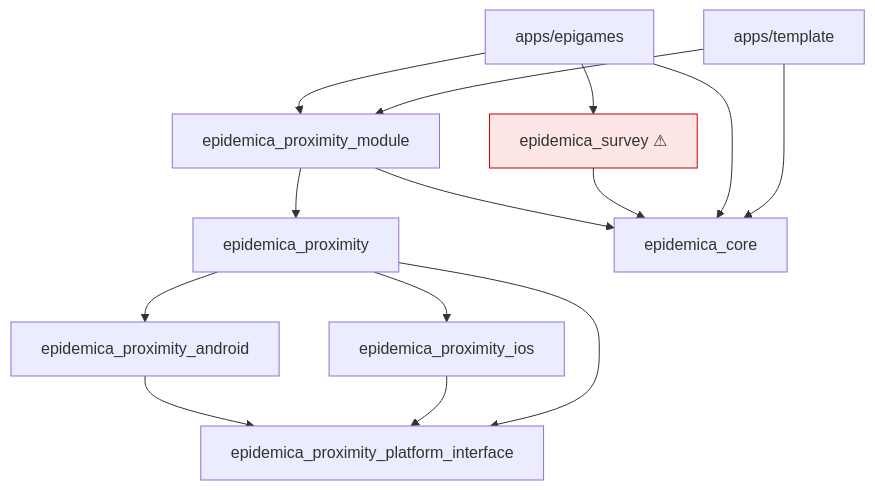
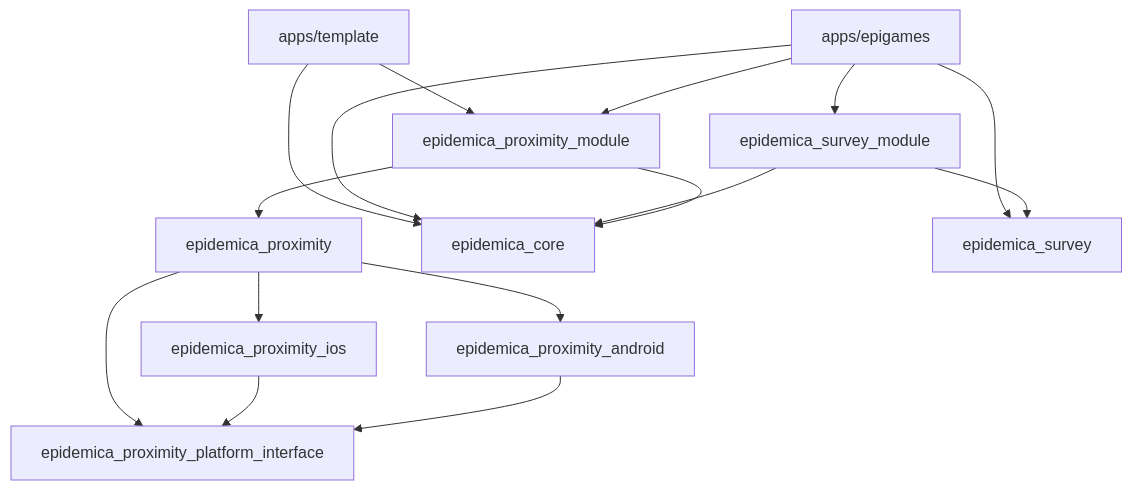
Before and after one commit to colabobio/epidemica: the second of 9 diagrams in docs/technical-invariants.md, drawn with Mermaid. The commit also changed other lines of this file and 16 other files, not shown here.

First line of the commit message:
feat: introduce epidemica_survey_module for handling survey scheduling and responses

````diff
--- a/docs/technical-invariants.md
+++ b/docs/technical-invariants.md
@@ -86,22 +86,21 @@
 ```mermaid
 graph TD
   pi[epidemica_proximity_platform_interface]
   and[epidemica_proximity_android]
   ios[epidemica_proximity_ios]
   prox[epidemica_proximity]
   core[epidemica_core]
   proxmod[epidemica_proximity_module]
-  surv["epidemica_survey ⚠"]
+  surv[epidemica_survey]
+  survmod[epidemica_survey_module]
   epigames[apps/epigames]
   template[apps/template]
 
   and --> pi
   ios --> pi
   prox --> pi & and & ios
   proxmod --> core & prox
-  surv --> core
-  epigames --> core & proxmod & surv
+  survmod --> core & surv
+  epigames --> core & proxmod & surv & survmod
   template --> core & proxmod
-
-  style surv fill:#ffe6e6,stroke:#c00
 ```
````
